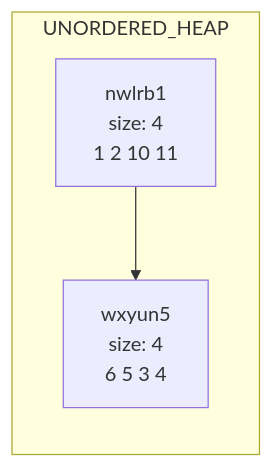
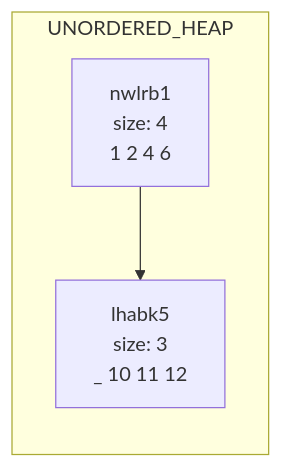
One commit to shiridikumar/phase1_dup changed the second of 2 diagrams in data/chart.md. Above: the diagram before and after it, drawn with Mermaid. The commit also changed other lines of this file and 23 other files, not shown here.

````diff
--- a/data/chart.md
+++ b/data/chart.md
@@ -19,8 +19,8 @@
 ```mermaid
 graph LR
 subgraph UNORDERED_HEAP
-nwlrb1[nwlrb1<br/>size: 4<br/>1 2 10 11 ]
-wxyun5[wxyun5<br/>size: 4<br/>6 5 3 4 ]
-nwlrb1-->wxyun5
+nwlrb1[nwlrb1<br/>size: 4<br/>1 2 4 6 ]
+lhabk5[lhabk5<br/>size: 3<br/>_ 10 11 12 ]
+nwlrb1-->lhabk5
 end
 ```
````
